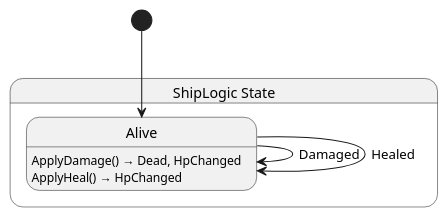
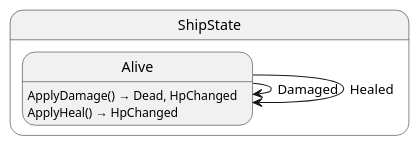
One commit to Ygoat/EternalJourney changed the diagram in src/ship/state/ShipLogic.g.puml. Above: the diagram before and after it, drawn with PlantUML. The commit also changed 56 other files, not shown here.

```diff
--- a/src/ship/state/ShipLogic.g.puml
+++ b/src/ship/state/ShipLogic.g.puml
@@ -1,13 +1,11 @@
-@startuml ShipLogic
-state "ShipLogic State" as EternalJourney_Ship_State_ShipLogic_State {
-  state "Alive" as EternalJourney_Ship_State_ShipLogic_State_Alive
+@startuml ShipState
+state "ShipState" as EternalJourney_Ship_State_ShipState {
+  state "Alive" as EternalJourney_Ship_State_ShipState_Alive
 }
 
-EternalJourney_Ship_State_ShipLogic_State_Alive --> EternalJourney_Ship_State_ShipLogic_State_Alive : Damaged
-EternalJourney_Ship_State_ShipLogic_State_Alive --> EternalJourney_Ship_State_ShipLogic_State_Alive : Healed
+EternalJourney_Ship_State_ShipState_Alive --> EternalJourney_Ship_State_ShipState_Alive : Damaged
+EternalJourney_Ship_State_ShipState_Alive --> EternalJourney_Ship_State_ShipState_Alive : Healed
 
-EternalJourney_Ship_State_ShipLogic_State_Alive : ApplyDamage() → Dead, HpChanged
-EternalJourney_Ship_State_ShipLogic_State_Alive : ApplyHeal() → HpChanged
-
-[*] --> EternalJourney_Ship_State_ShipLogic_State_Alive
+EternalJourney_Ship_State_ShipState_Alive : ApplyDamage() → Dead, HpChanged
+EternalJourney_Ship_State_ShipState_Alive : ApplyHeal() → HpChanged
 @enduml
```
